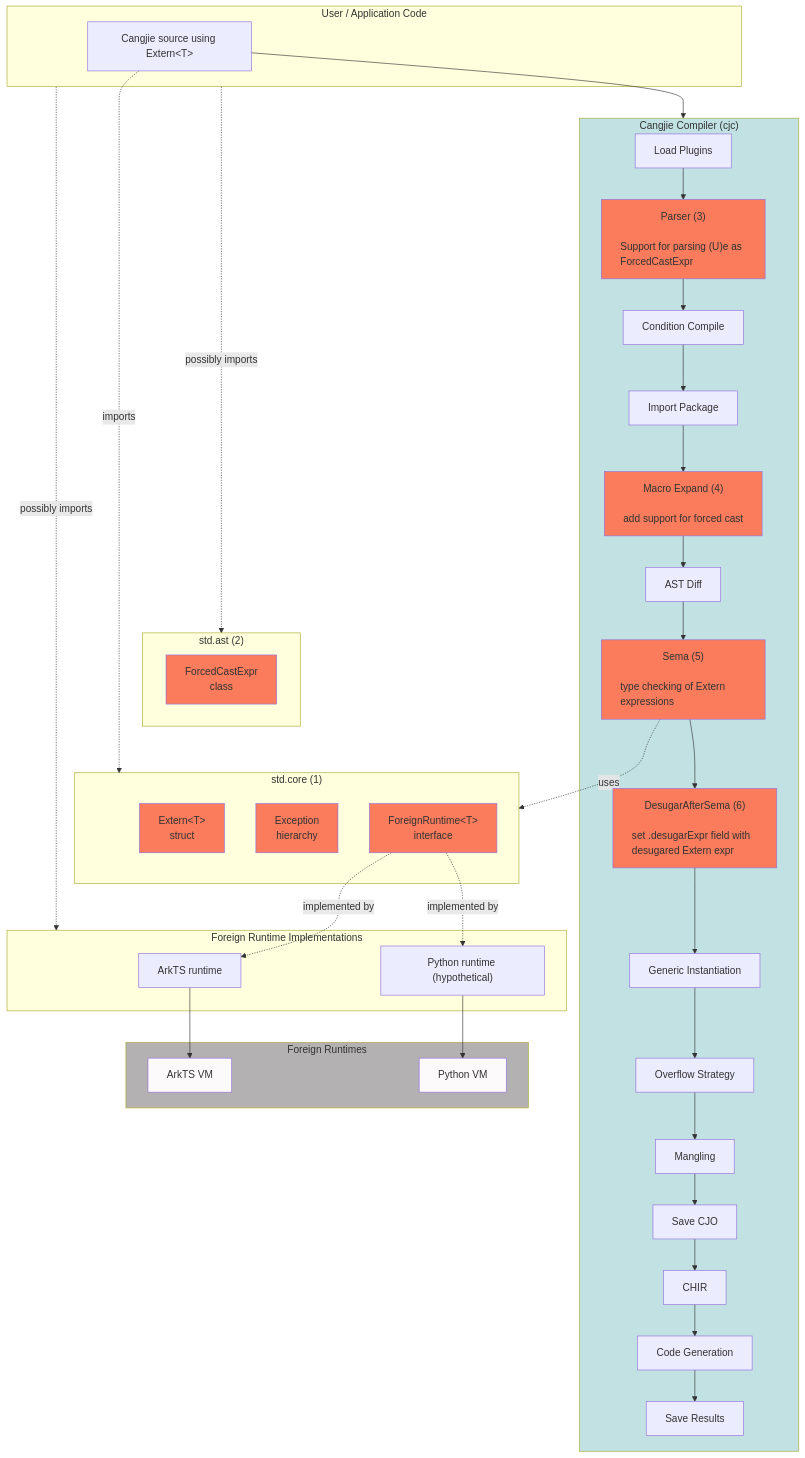
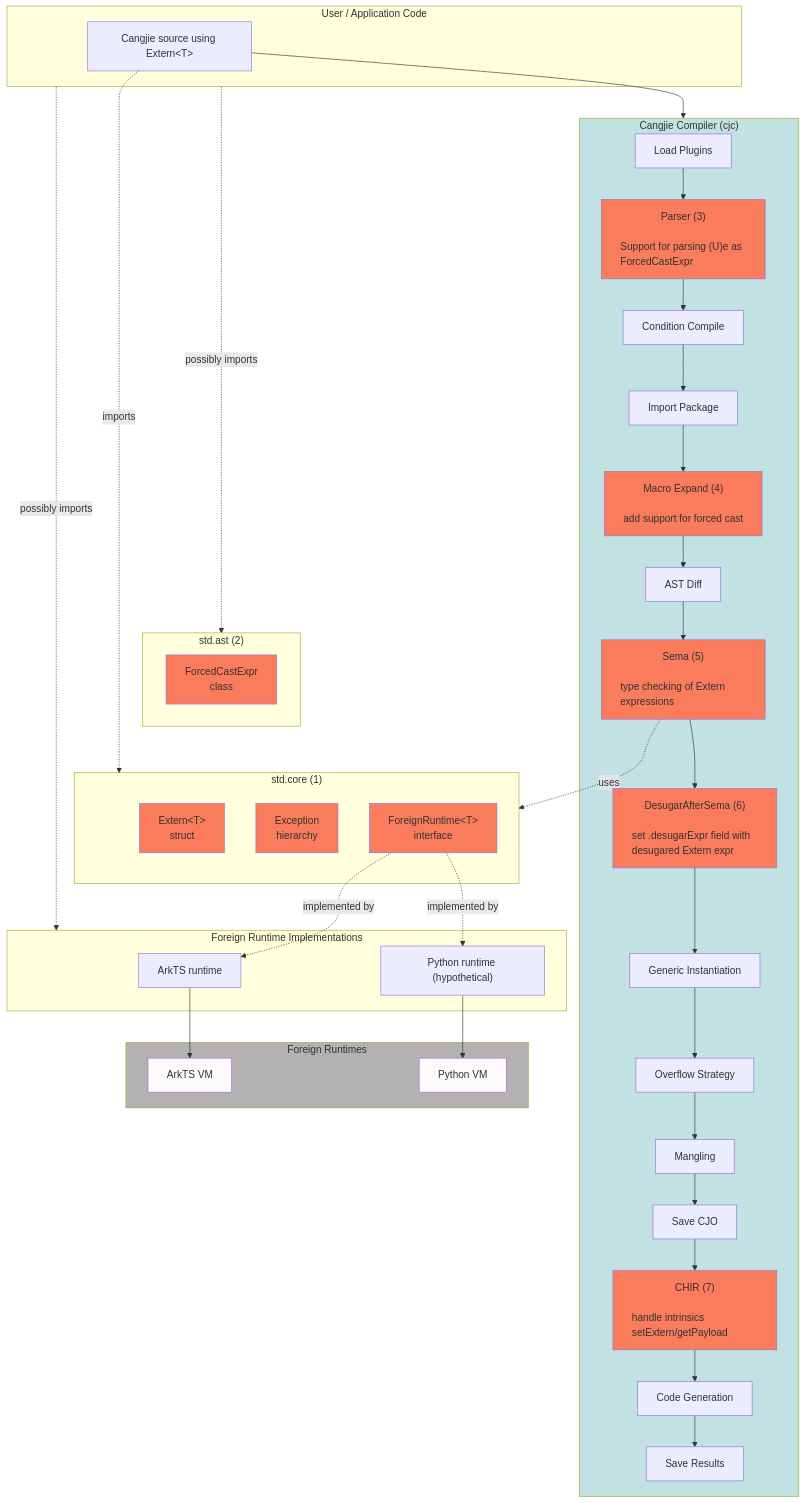
One commit to belolourenco/cangjie_interop_architecture changed the diagram in docs/architecture.md. Above: the diagram before and after it, drawn with Mermaid. The commit also changed other lines of this file, not shown here.

Commit message:
architecture changes in CHIR

````diff
--- a/docs/architecture.md
+++ b/docs/architecture.md
@@ -220,71 +220,72 @@
 ```mermaid
 flowchart TB
     subgraph UserCode["User / Application Code"]
         UC["Cangjie source using Extern&lt;T&gt;"]
     end
 
     subgraph Compiler["Cangjie Compiler (cjc)"]
         LoadPlugin["Load Plugins"]
         Parser["Parser (3)<br/><br/><p style='text-align:left'>Support for parsing (U)e as ForcedCastExpr</p>"]
         ConditionCompile["Condition Compile"]
         ImportPackage["Import Package"]
         MacroExpand["Macro Expand (4)<br/><br/><p style='text-align:left'>add support for forced cast</p>"]
         ASTDiff["AST Diff"]
         Sema["Sema (5)<br/><br/><p style='text-align:left'>type checking of Extern expressions</p>"]
         DesugarAfterSema["DesugarAfterSema (6)<br/><br/><p style='text-align:left'>set .desugarExpr field with desugared Extern expr</p>"]
         GenericInstantiation["Generic Instantiation"]
         OverflowStrategy["Overflow Strategy"]
         Mangling["Mangling"]
         SaveCJO["Save CJO"]
-        CHIR["CHIR"]
+        CHIR["CHIR (7)<br/><br/><p style='text-align:left'>handle intrinsics setExtern/getPayload</p>"]
         CodeGen["Code Generation"]
         SaveResults["Save Results"]
         style Parser fill:#fa7c5c
         style MacroExpand fill:#fa7c5c
         style DesugarAfterSema fill:#fa7c5c
+        style CHIR fill:#fa7c5c
         style Sema fill:#fa7c5c
     end
 
     subgraph StdAST["std.ast (2)"]
         ForcedCastExpr["ForcedCastExpr<br/>class"]
         style ForcedCastExpr fill:#fa7c5c
     end
 
     subgraph StdCore["std.core (1)"]
         ExternType["Extern&lt;T&gt;<br/>struct"]
         Exc["Exception<br/>hierarchy"]
         FRT["ForeignRuntime&lt;T&gt;<br/>interface"]
         style ExternType fill:#fa7c5c
         style Exc fill:#fa7c5c
         style FRT fill:#fa7c5c
     end
 
     subgraph RuntimeImpl["Foreign&nbsp;Runtime&nbsp;Implementations"]
         ArkTS["ArkTS runtime"]
         Python["Python runtime (hypothetical)"]
     end
 
     subgraph ForeignVM["Foreign Runtimes"]
         ArkVM["ArkTS VM"]
         PyVM["Python VM"]
         style ArkVM fill: #fcfafa
         style PyVM fill: #fcfafa
     end
 
     UserCode -.-> |"possibly imports"| StdAST
     StdAST ~~~ StdCore
     UC --> Compiler
     LoadPlugin --> Parser --> ConditionCompile --> ImportPackage --> MacroExpand
     MacroExpand --> ASTDiff --> Sema --> DesugarAfterSema --> GenericInstantiation
     GenericInstantiation --> OverflowStrategy --> Mangling --> SaveCJO
     SaveCJO --> CHIR --> CodeGen --> SaveResults
     Sema -.->|"uses"| StdCore
     UC -.-> |"imports"| StdCore
     ArkTS --> ArkVM
     Python --> PyVM
     FRT -.->|"implemented by"| ArkTS
     FRT -.->|"implemented by"| Python
     UserCode -.-> |"possibly imports"| RuntimeImpl
     style ForeignVM fill:#b3b1b1
     style Compiler fill:#c1e1e3
 ```
````
